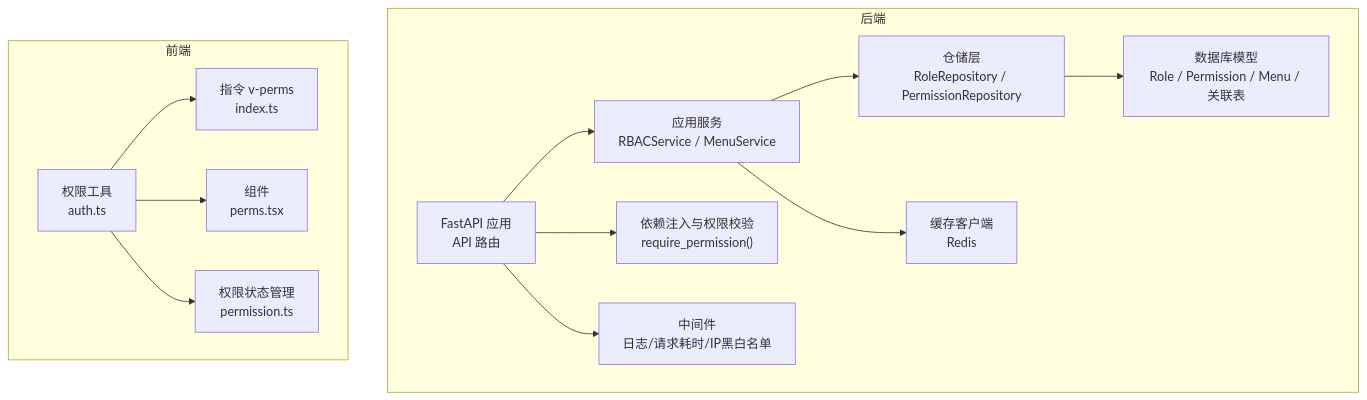
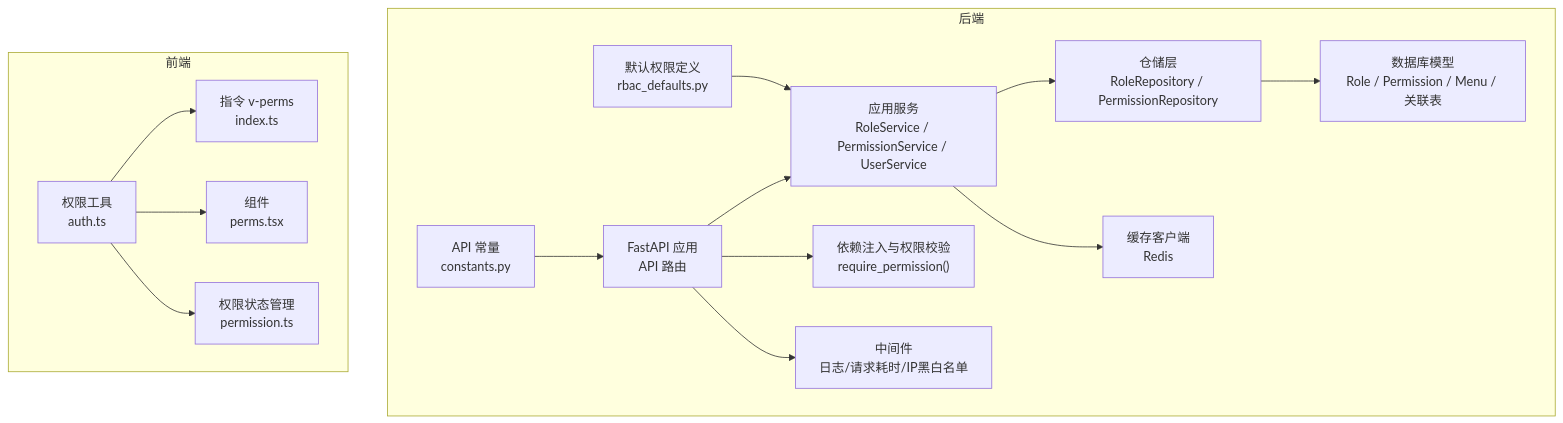
One commit to taoweidong/Hello-FastApi changed the first of 8 diagrams in .qoder/repowiki/zh/content/项目概述/核心特性/RBAC 权限控制/RBAC 权限控制.md. Above: the diagram before and after it, drawn with Mermaid. The commit also changed other lines of this file and 22 other files, not shown here.

````diff
--- a/.qoder/repowiki/zh/content/项目概述/核心特性/RBAC 权限控制/RBAC 权限控制.md
+++ b/.qoder/repowiki/zh/content/项目概述/核心特性/RBAC 权限控制/RBAC 权限控制.md
@@ -57,25 +68,29 @@
 ```mermaid
 graph TB
 subgraph "后端"
 A["FastAPI 应用<br/>API 路由"]
-B["应用服务<br/>RBACService / MenuService"]
+B["应用服务<br/>RoleService / PermissionService / UserService"]
 C["仓储层<br/>RoleRepository / PermissionRepository"]
 D["数据库模型<br/>Role / Permission / Menu / 关联表"]
 E["依赖注入与权限校验<br/>require_permission()"]
 F["中间件<br/>日志/请求耗时/IP黑白名单"]
 G["缓存客户端<br/>Redis"]
+H["默认权限定义<br/>rbac_defaults.py"]
+I["API 常量<br/>constants.py"]
 end
 subgraph "前端"
-H["权限工具<br/>auth.ts"]
-I["指令 v-perms<br/>index.ts"]
-J["组件 <Perms><br/>perms.tsx"]
-K["权限状态管理<br/>permission.ts"]
+J["权限工具<br/>auth.ts"]
+K["指令 v-perms<br/>index.ts"]
+L["组件 <Perms><br/>perms.tsx"]
+M["权限状态管理<br/>permission.ts"]
 end
 A --> B --> C --> D
 A --> E
 A --> F
 B --> G
-H --> I
-H --> J
-H --> K
+H --> B
+I --> A
+J --> K
+J --> L
+J --> M
 ```
````
